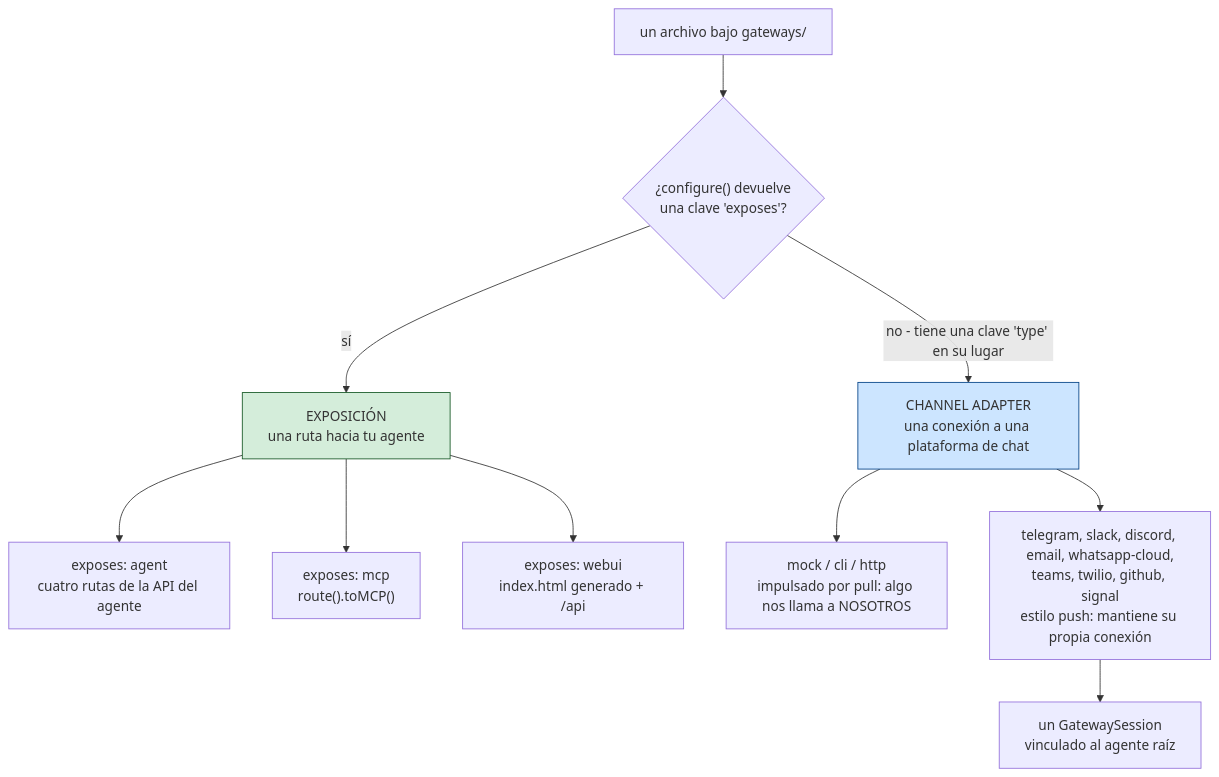
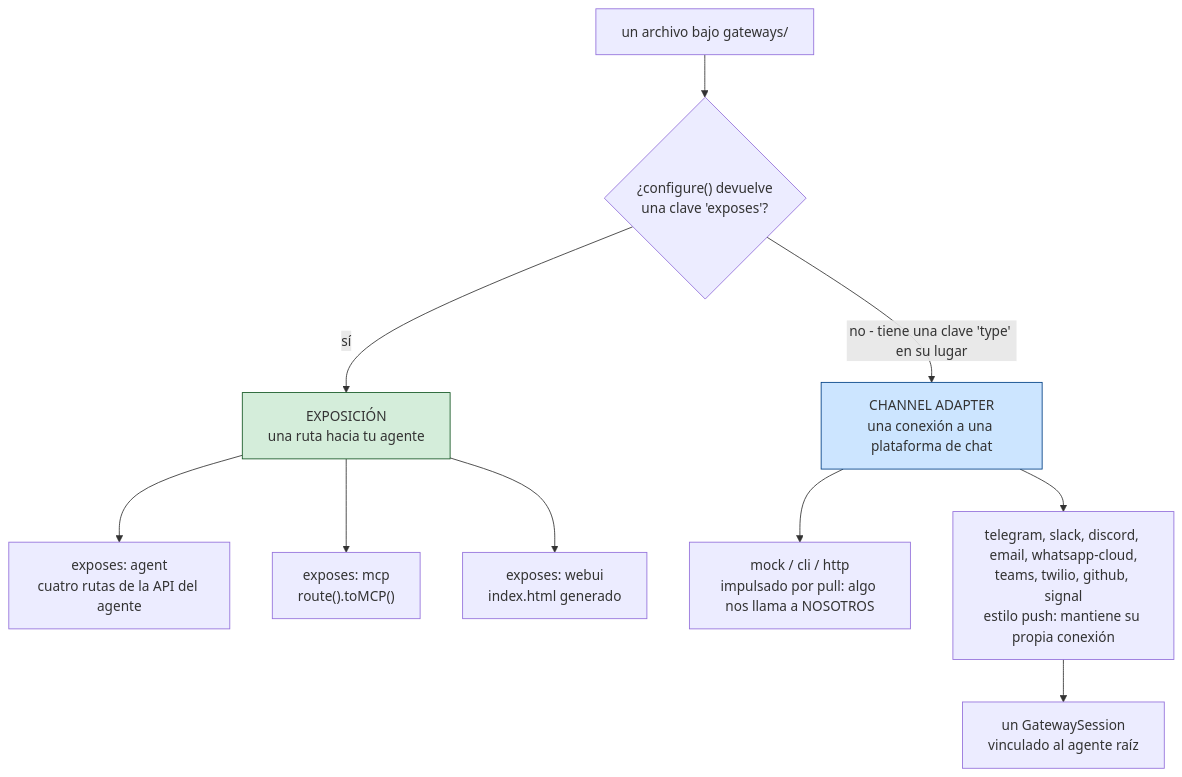
One commit to ortus-boxlang/bx-agents changed the first of 2 diagrams in docs/versions/1.0.x/i18n/es/conventions/gateways/index.md. Above: the diagram before and after it, drawn with Mermaid. The commit also changed other lines of this file and 180 other files, not shown here.

````diff
--- a/docs/versions/1.0.x/i18n/es/conventions/gateways/index.md
+++ b/docs/versions/1.0.x/i18n/es/conventions/gateways/index.md
@@ -16,15 +16,15 @@
 ```mermaid
 flowchart TD
     F["un archivo bajo gateways/"] --> Q{"¿configure() devuelve<br/>una clave 'exposes'?"}
     Q -->|"sí"| E["EXPOSICIÓN<br/>una ruta hacia tu agente"]
     Q -->|"no - tiene una clave 'type' en su lugar"| C["CHANNEL ADAPTER<br/>una conexión a una plataforma de chat"]
     E --> E1["exposes: agent<br/>cuatro rutas de la API del agente"]
     E --> E2["exposes: mcp<br/>route().toMCP()"]
-    E --> E3["exposes: webui<br/>index.html generado + /api"]
+    E --> E3["exposes: webui<br/>index.html generado"]
     C --> C1["mock / cli / http<br/>impulsado por pull: algo nos llama a NOSOTROS"]
     C --> C2["telegram, slack, discord, email, whatsapp-cloud,<br/>teams, twilio, github, signal<br/>estilo push: mantiene su propia conexión"]
     C2 --> S["un GatewaySession<br/>vinculado al agente raíz"]
 
     style E fill:#d4edda,stroke:#155724
     style C fill:#cce5ff,stroke:#004085
 ```
````
